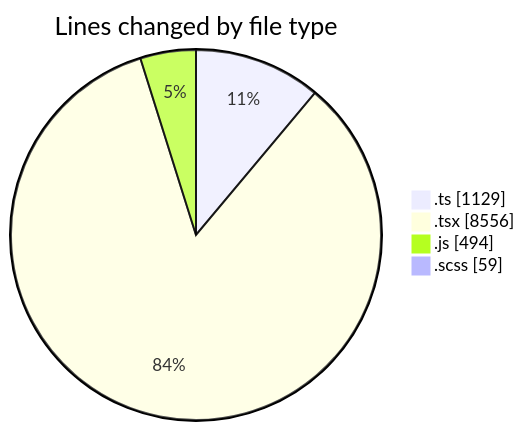
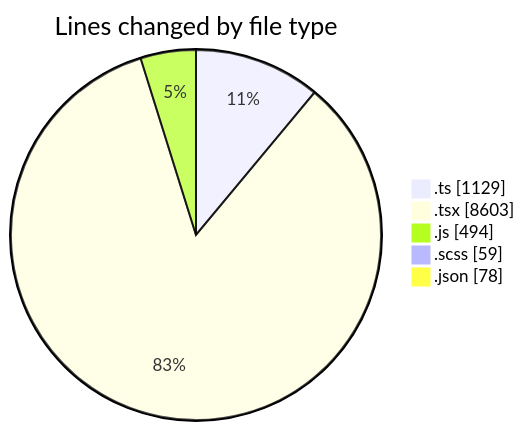
One commit to momahboobian/code-tracking changed the first of 2 diagrams in 2025-09-02/cda/README.md. Above: the diagram before and after it, drawn with Mermaid. The commit also changed other lines of this file and 1 other file, not shown here.

````diff
--- a/2025-09-02/cda/README.md
+++ b/2025-09-02/cda/README.md
@@ -32,8 +33,9 @@
 ```mermaid
 pie showData
 title Lines changed by file type
 ".ts" : 1129
-".tsx" : 8556
+".tsx" : 8603
 ".js" : 494
 ".scss" : 59
+".json" : 78
 ```
````
